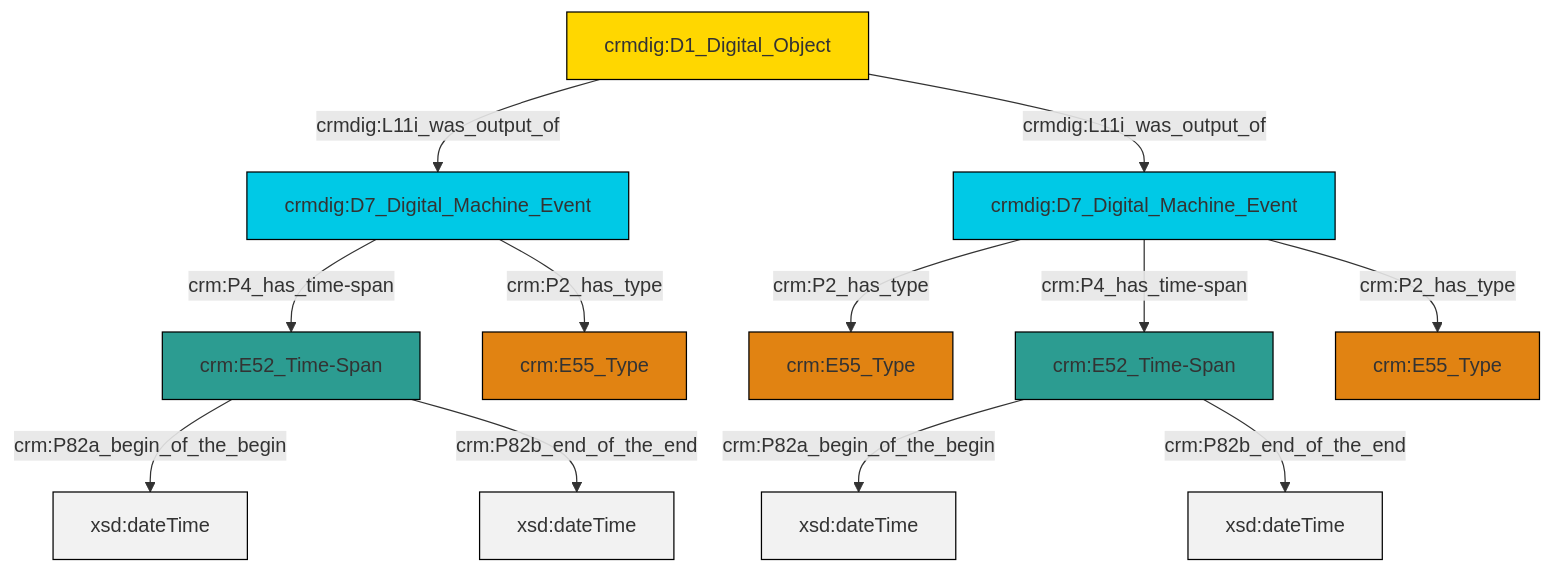
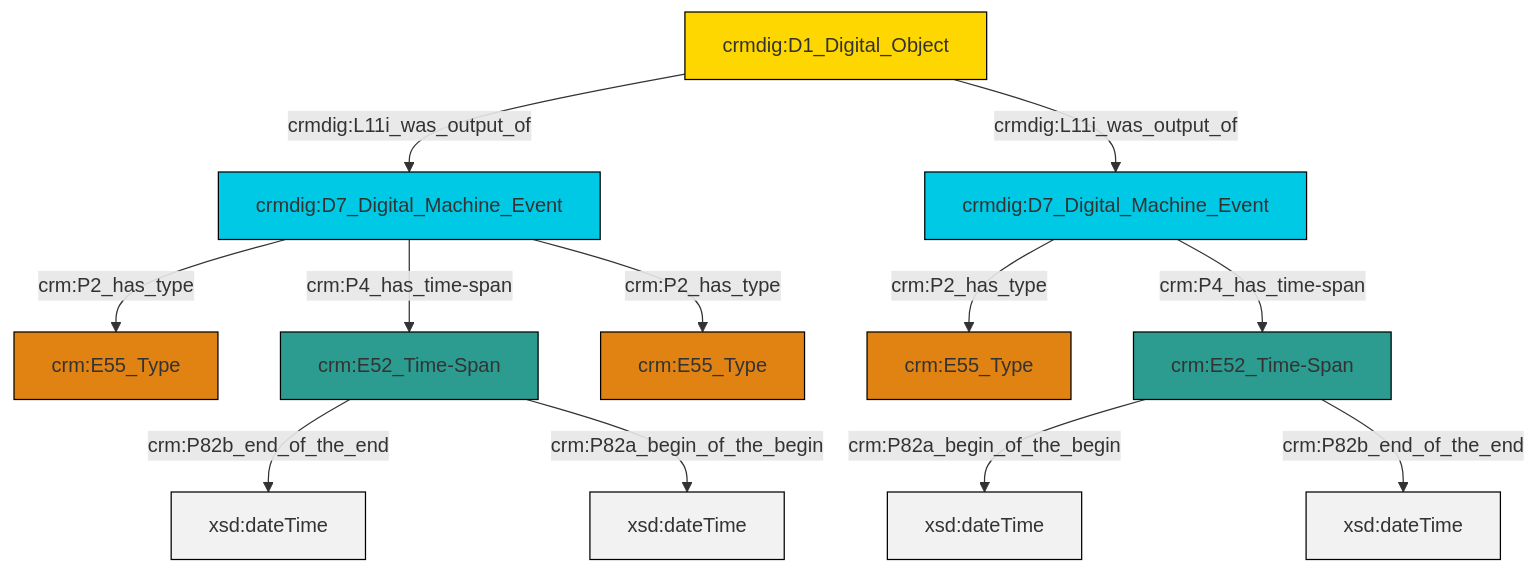
One commit to swiss-art-research-net/docs.swissartresearch changed the diagram in et/doCSV/ttl/mmd/do_existence.ttl.mmd. Above: the diagram before and after it, drawn with Mermaid. The commit also changed 179 other files, not shown here.

```diff
--- a/et/doCSV/ttl/mmd/do_existence.ttl.mmd
+++ b/et/doCSV/ttl/mmd/do_existence.ttl.mmd
@@ -1,26 +1,26 @@
 graph TD
 classDef Literal fill:#f2f2f2,stroke:#000000;
 classDef CRM_Entity fill:#FFFFFF,stroke:#000000;
 classDef Temporal_Entity fill:#00C9E6, stroke:#000000;
 classDef Type fill:#E18312, stroke:#000000;
 classDef Time-Span fill:#2C9C91, stroke:#000000;
 classDef Appellation fill:#FFEB7F, stroke:#000000;
 classDef Place fill:#008836, stroke:#000000;
 classDef Persistent_Item fill:#B266B2, stroke:#000000;
 classDef Conceptual_Object fill:#FFD700, stroke:#000000;
 classDef Physical_Thing fill:#D2B48C, stroke:#000000;
 classDef Actor fill:#f58aad, stroke:#000000;
 classDef PC_Classes fill:#4ce600, stroke:#000000;
 classDef Multi fill:#cccccc,stroke:#000000;
 
-8["crmdig:D1_Digital_Object"]:::Conceptual_Object -->|crmdig:L11i_was_output_of| 9["crmdig:D7_Digital_Machine_Event"]:::Temporal_Entity
-10["crmdig:D7_Digital_Machine_Event"]:::Temporal_Entity -->|crm:P2_has_type| 6["crm:E55_Type"]:::Type
-10["crmdig:D7_Digital_Machine_Event"]:::Temporal_Entity -->|crm:P4_has_time-span| 11["crm:E52_Time-Span"]:::Time-Span
-11["crm:E52_Time-Span"]:::Time-Span -->|crm:P82a_begin_of_the_begin| 12[xsd:dateTime]:::Literal
-4["crm:E52_Time-Span"]:::Time-Span -->|crm:P82a_begin_of_the_begin| 14[xsd:dateTime]:::Literal
-10["crmdig:D7_Digital_Machine_Event"]:::Temporal_Entity -->|crm:P2_has_type| 0["crm:E55_Type"]:::Type
-4["crm:E52_Time-Span"]:::Time-Span -->|crm:P82b_end_of_the_end| 17[xsd:dateTime]:::Literal
-11["crm:E52_Time-Span"]:::Time-Span -->|crm:P82b_end_of_the_end| 18[xsd:dateTime]:::Literal
-8["crmdig:D1_Digital_Object"]:::Conceptual_Object -->|crmdig:L11i_was_output_of| 10["crmdig:D7_Digital_Machine_Event"]:::Temporal_Entity
-9["crmdig:D7_Digital_Machine_Event"]:::Temporal_Entity -->|crm:P4_has_time-span| 4["crm:E52_Time-Span"]:::Time-Span
-9["crmdig:D7_Digital_Machine_Event"]:::Temporal_Entity -->|crm:P2_has_type| 2["crm:E55_Type"]:::Type
+0["crm:E52_Time-Span"]:::Time-Span -->|crm:P82a_begin_of_the_begin| 1[xsd:dateTime]:::Literal
+2["crmdig:D7_Digital_Machine_Event"]:::Temporal_Entity -->|crm:P2_has_type| 3["crm:E55_Type"]:::Type
+4["crmdig:D1_Digital_Object"]:::Conceptual_Object -->|crmdig:L11i_was_output_of| 2["crmdig:D7_Digital_Machine_Event"]:::Temporal_Entity
+2["crmdig:D7_Digital_Machine_Event"]:::Temporal_Entity -->|crm:P4_has_time-span| 6["crm:E52_Time-Span"]:::Time-Span
+6["crm:E52_Time-Span"]:::Time-Span -->|crm:P82b_end_of_the_end| 9[xsd:dateTime]:::Literal
+11["crmdig:D7_Digital_Machine_Event"]:::Temporal_Entity -->|crm:P2_has_type| 12["crm:E55_Type"]:::Type
+0["crm:E52_Time-Span"]:::Time-Span -->|crm:P82b_end_of_the_end| 15[xsd:dateTime]:::Literal
+11["crmdig:D7_Digital_Machine_Event"]:::Temporal_Entity -->|crm:P4_has_time-span| 0["crm:E52_Time-Span"]:::Time-Span
+2["crmdig:D7_Digital_Machine_Event"]:::Temporal_Entity -->|crm:P2_has_type| 7["crm:E55_Type"]:::Type
+6["crm:E52_Time-Span"]:::Time-Span -->|crm:P82a_begin_of_the_begin| 19[xsd:dateTime]:::Literal
+4["crmdig:D1_Digital_Object"]:::Conceptual_Object -->|crmdig:L11i_was_output_of| 11["crmdig:D7_Digital_Machine_Event"]:::Temporal_Entity
```
